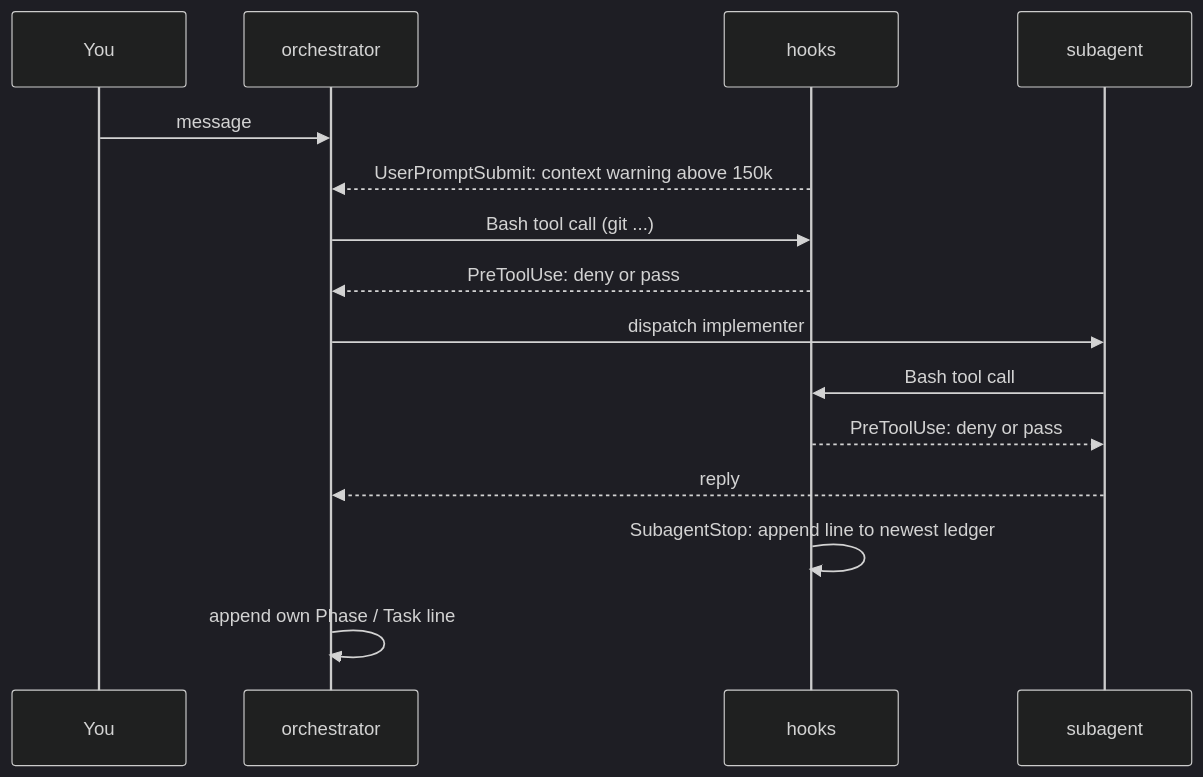
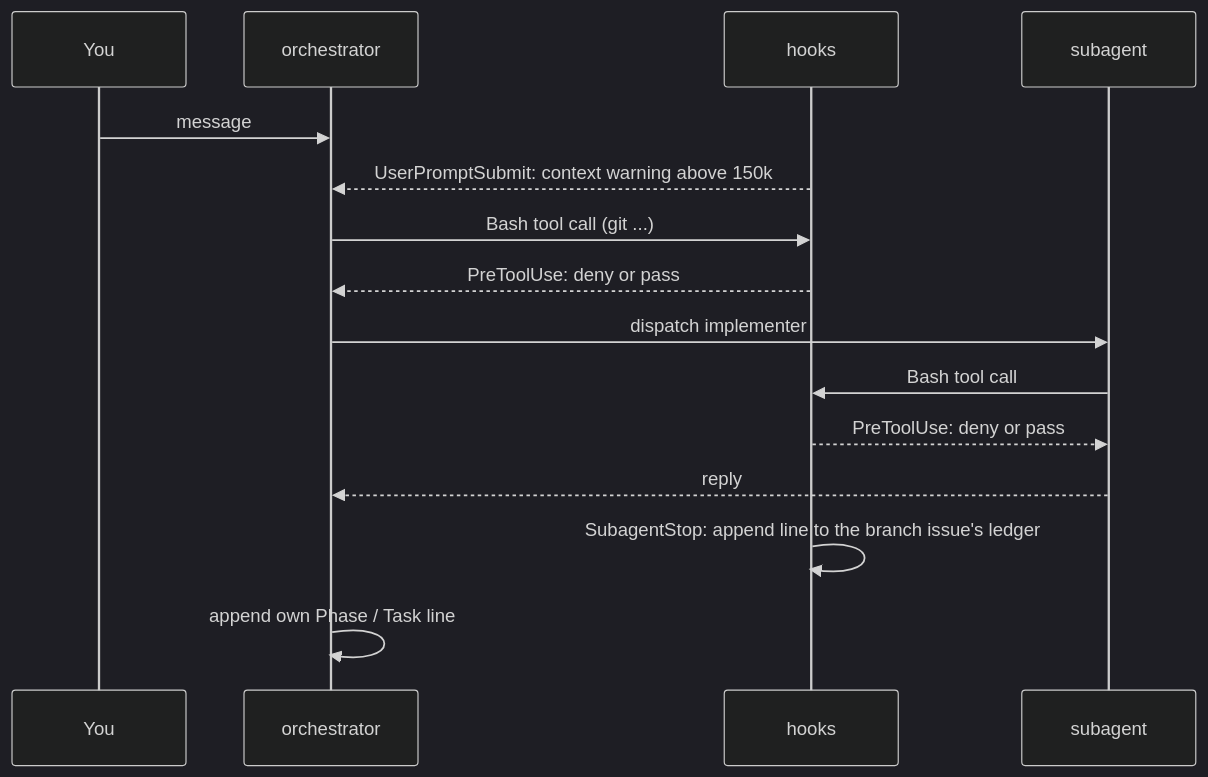
Diagram 11 of 11 in docs/orchestrator.md (GravionLabs/apm-hub), drawn with Mermaid (dark theme) before and after one commit. The commit also changed other lines of this file and 3 other files, not shown here.

First line of the commit message:
fix(hooks): bind ledger hook to orchestrator agents and the branch issue (#357)

````diff
--- a/docs/orchestrator.md
+++ b/docs/orchestrator.md
@@ -335,17 +335,17 @@
 ```mermaid
 sequenceDiagram
     participant U as You
     participant O as orchestrator
     participant H as hooks
     participant S as subagent
     U->>O: message
     H-->>O: UserPromptSubmit: context warning above 150k
     O->>H: Bash tool call (git ...)
     H-->>O: PreToolUse: deny or pass
     O->>S: dispatch implementer
     S->>H: Bash tool call
     H-->>S: PreToolUse: deny or pass
     S-->>O: reply
-    H->>H: SubagentStop: append line to newest ledger
+    H->>H: SubagentStop: append line to the branch issue's ledger
     O->>O: append own Phase / Task line
 ```
````
